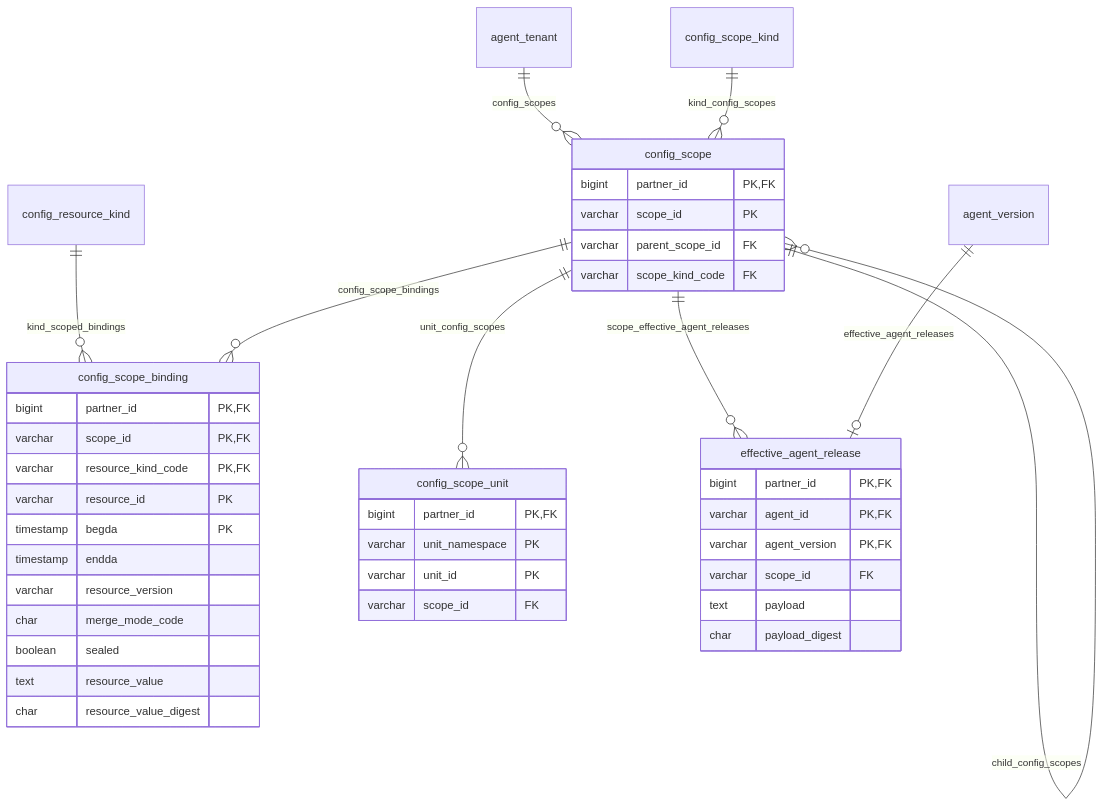
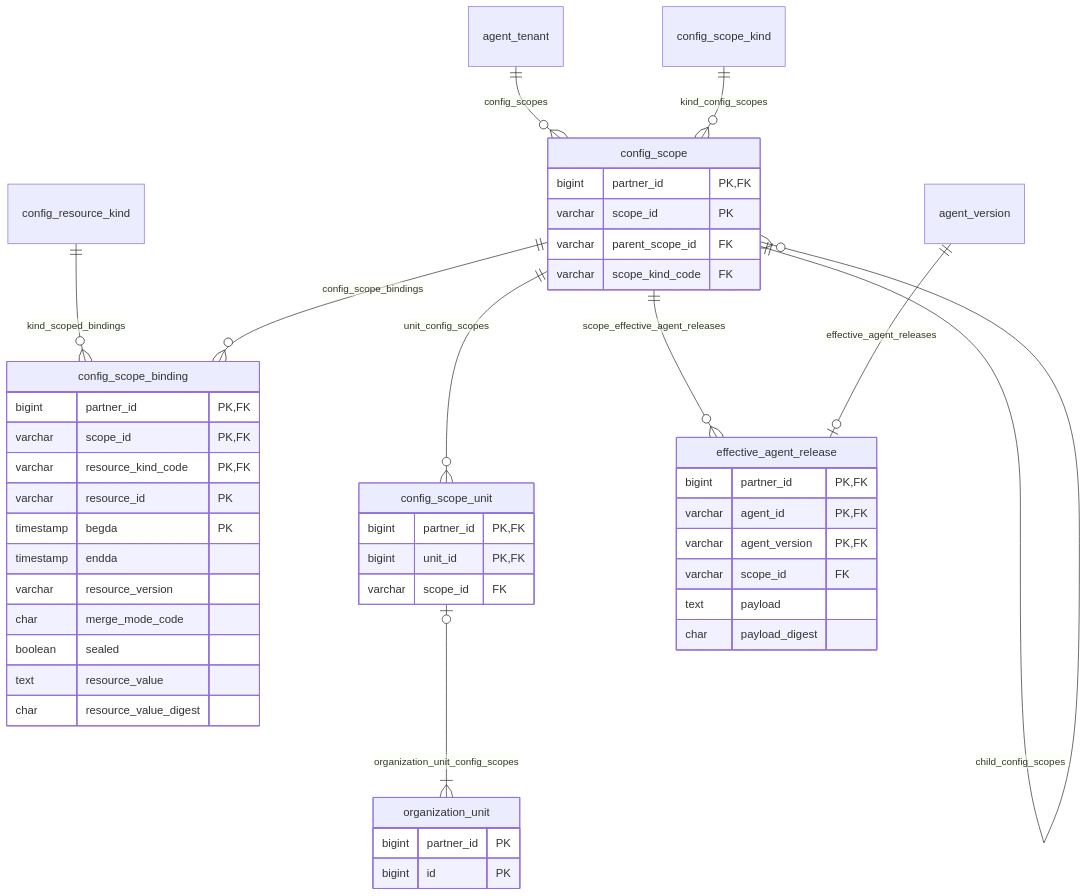
One commit to nauticana/scout changed the tenth of 24 diagrams in doc/database.md. Above: the diagram before and after it, drawn with Mermaid. The commit also changed other lines of this file and 31 other files, not shown here.

Commit message:
foreign keys into Charter's stored documents

````diff
--- a/doc/database.md
+++ b/doc/database.md
@@ -1162,45 +1196,49 @@
 ```mermaid
 erDiagram
-    config_resource_kind ||--o{ config_scope_binding : kind_scoped_bindings
     agent_tenant ||--o{ config_scope : config_scopes
     config_scope_kind ||--o{ config_scope : kind_config_scopes
-    config_scope ||--o{ config_scope : child_config_scopes
+    config_resource_kind ||--o{ config_scope_binding : kind_scoped_bindings
     config_scope ||--o{ config_scope_binding : config_scope_bindings
     config_scope ||--o{ config_scope_unit : unit_config_scopes
+    config_scope_unit |o--}| organization_unit : organization_unit_config_scopes
     config_scope ||--o{ effective_agent_release : scope_effective_agent_releases
     agent_version ||--o| effective_agent_release : effective_agent_releases
+    config_scope ||--o{ config_scope : child_config_scopes
 
     config_scope {
         bigint partner_id PK,FK
         varchar scope_id PK
         varchar parent_scope_id FK
         varchar scope_kind_code FK
     }
+    organization_unit {
+        bigint partner_id PK
+        bigint id PK
+    }
     config_scope_unit {
         bigint partner_id PK,FK
-        varchar unit_namespace PK
-        varchar unit_id PK
+        bigint unit_id PK,FK
         varchar scope_id FK
     }
     config_scope_binding {
         bigint partner_id PK,FK
         varchar scope_id PK,FK
         varchar resource_kind_code PK,FK
         varchar resource_id PK
         timestamp begda PK
         timestamp endda
         varchar resource_version
         char merge_mode_code
         boolean sealed
         text resource_value
         char resource_value_digest
     }
     effective_agent_release {
         bigint partner_id PK,FK
         varchar agent_id PK,FK
         varchar agent_version PK,FK
         varchar scope_id FK
         text payload
         char payload_digest
     }
 ```
````
